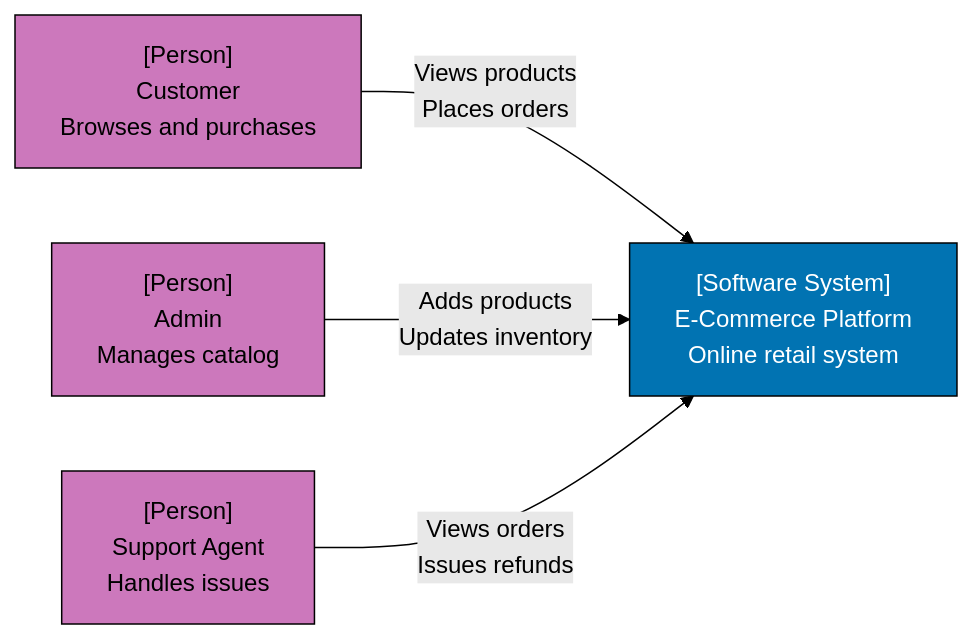
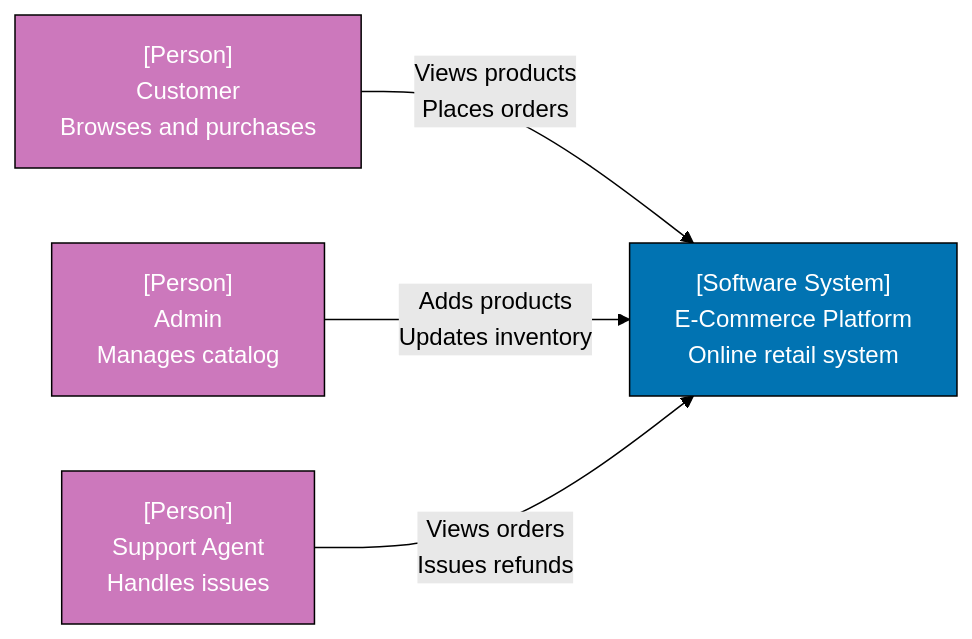
Before and after one commit to wahidyankf/open-sharia-enterprise: the fourth of 30 diagrams in apps/ayokoding-web/content/en/learn/software-engineering/architecture/c4-architecture-model/by-example/beginner.md, drawn with Mermaid (forest theme). The commit also changed other lines of this file and 61 other files, not shown here.

First line of the commit message:
fix(ayokoding-web): quote Mermaid node labels with special characters in Example 63

````diff
--- a/apps/ayokoding-web/content/en/learn/software-engineering/architecture/c4-architecture-model/by-example/beginner.md
+++ b/apps/ayokoding-web/content/en/learn/software-engineering/architecture/c4-architecture-model/by-example/beginner.md
@@ -119,17 +119,17 @@
 ```mermaid
 graph LR
     Customer["[Person]<br/>Customer<br/>Browses and purchases"]
     Admin["[Person]<br/>Admin<br/>Manages catalog"]
     Support["[Person]<br/>Support Agent<br/>Handles issues"]
 
     ECommerce["[Software System]<br/>E-Commerce Platform<br/>Online retail system"]
 
     Customer -->|"Views products<br/>Places orders"| ECommerce
     Admin -->|"Adds products<br/>Updates inventory"| ECommerce
     Support -->|"Views orders<br/>Issues refunds"| ECommerce
 
-    style Customer fill:#CC78BC,stroke:#000,color:#000
-    style Admin fill:#CC78BC,stroke:#000,color:#000
-    style Support fill:#CC78BC,stroke:#000,color:#000
+    style Customer fill:#CC78BC,stroke:#000,color:#fff
+    style Admin fill:#CC78BC,stroke:#000,color:#fff
+    style Support fill:#CC78BC,stroke:#000,color:#fff
     style ECommerce fill:#0173B2,stroke:#000,color:#fff
 ```
````
